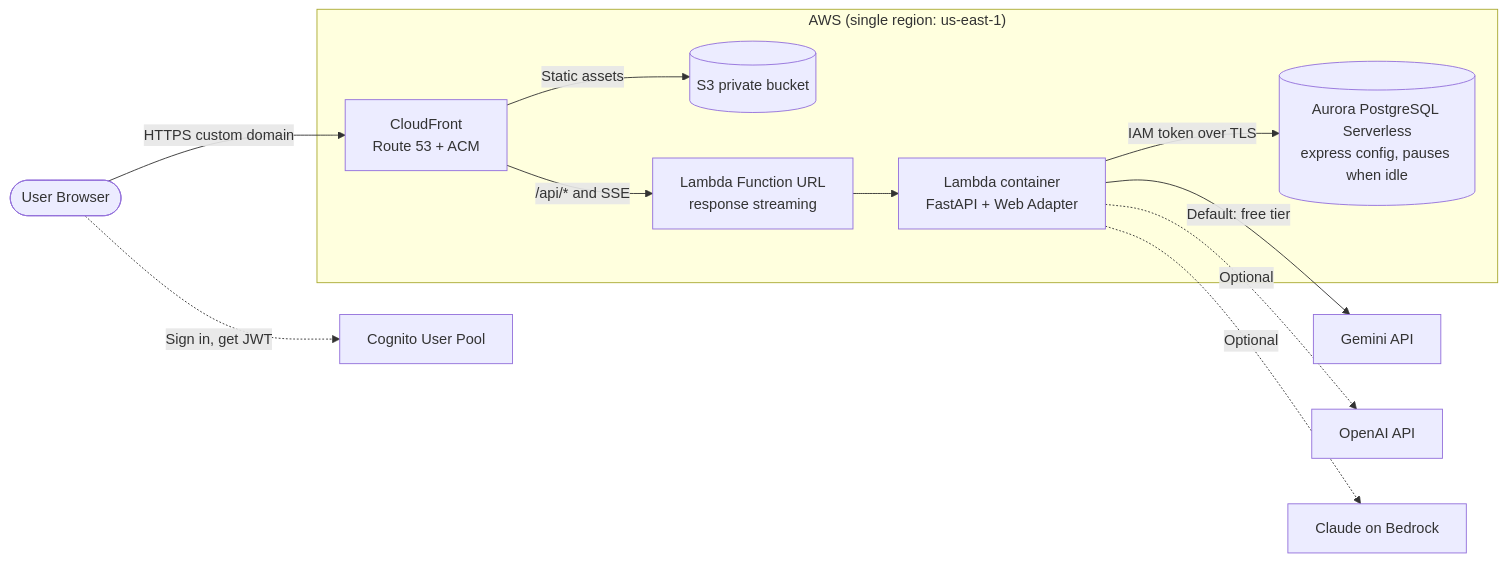
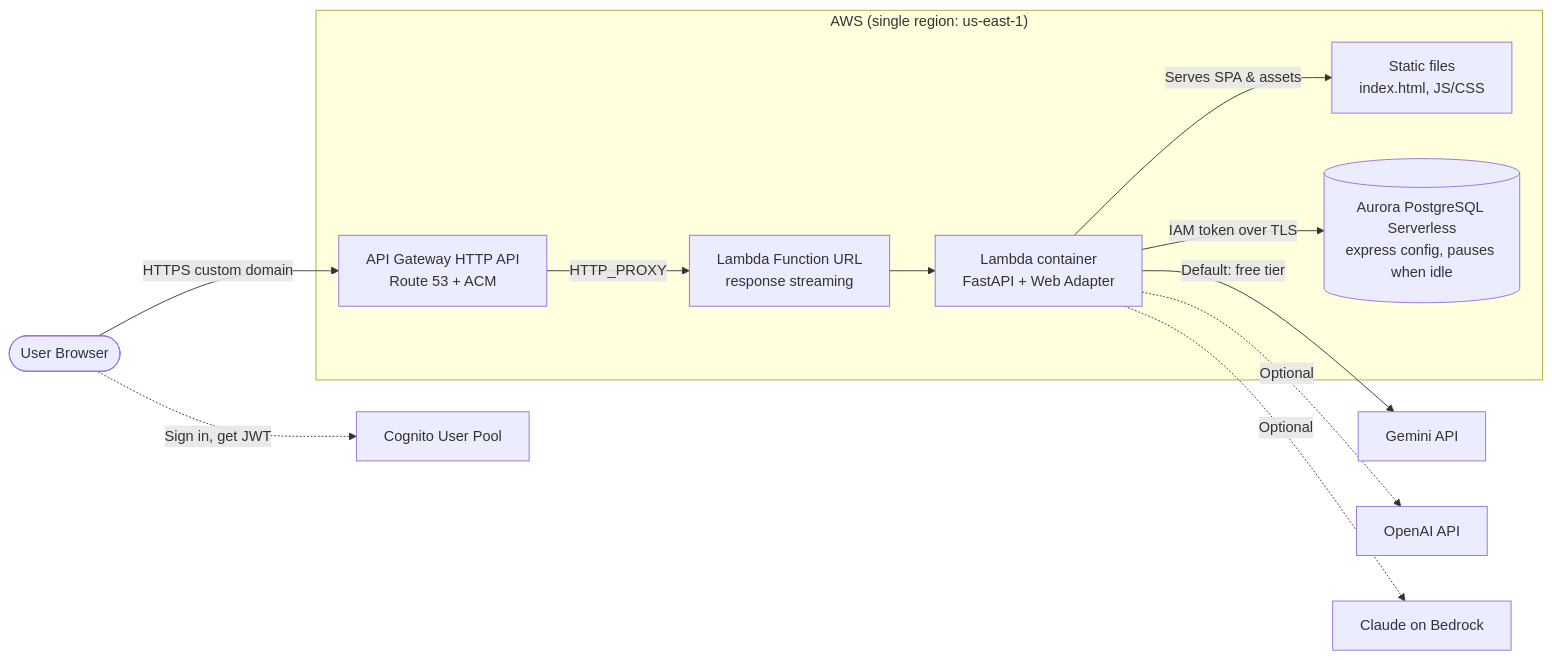
Before and after one commit to taitrd/ai-powered-chat: the diagram in docs/diagrams/plan-architecture.mmd, drawn with Mermaid. The commit also changed 7 other files, not shown here.

Commit message:
docs: update deployment architecture docs

```diff
--- a/docs/diagrams/plan-architecture.mmd
+++ b/docs/diagrams/plan-architecture.mmd
@@ -1,14 +1,14 @@
 flowchart LR
-    Client([User Browser]) -->|HTTPS custom domain| CF[CloudFront<br/>Route 53 + ACM]
+    Client([User Browser]) -->|HTTPS custom domain| APIGW[API Gateway HTTP API<br/>Route 53 + ACM]
     Client -.->|Sign in, get JWT| Cognito[Cognito User Pool]
 
     subgraph AWS["AWS (single region: us-east-1)"]
-        CF -->|Static assets| S3[(S3 private bucket)]
-        CF -->|"/api/* and SSE"| URL[Lambda Function URL<br/>response streaming]
+        APIGW -->|HTTP_PROXY| URL[Lambda Function URL<br/>response streaming]
         URL --> Lambda[Lambda container<br/>FastAPI + Web Adapter]
+        Lambda -->|Serves SPA & assets| Static[Static files<br/>index.html, JS/CSS]
         Lambda -->|IAM token over TLS| Aurora[(Aurora PostgreSQL Serverless<br/>express config, pauses when idle)]
     end
 
     Lambda -->|Default: free tier| Gemini[Gemini API]
     Lambda -.->|Optional| OpenAI[OpenAI API]
     Lambda -.->|Optional| Bedrock[Claude on Bedrock]
```
